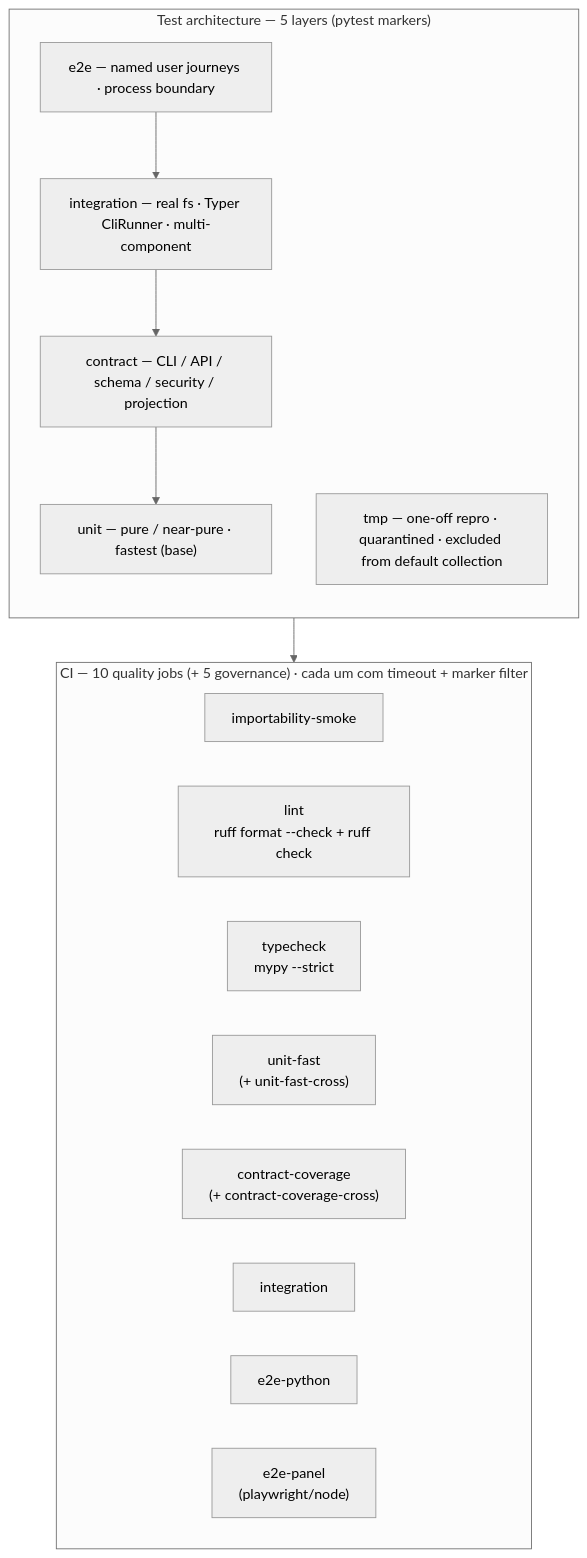
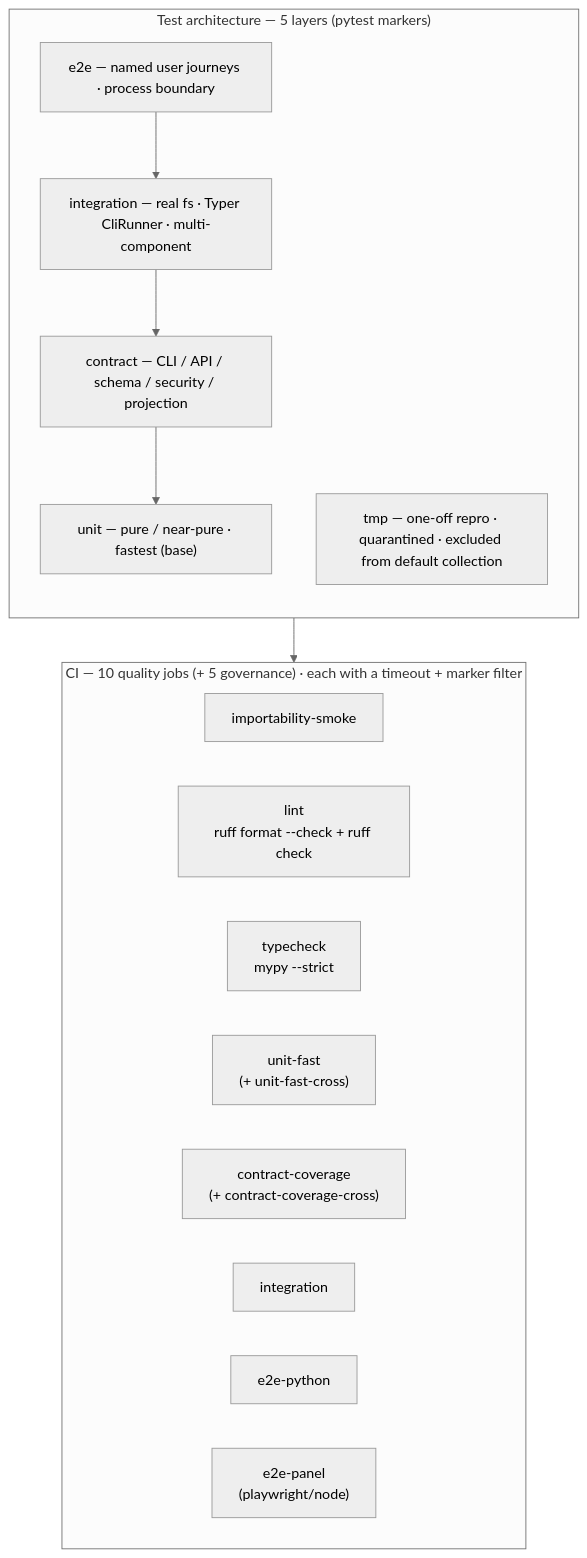
One commit to marcoaureliomenezes/dadaia-workspace changed the diagram in specs/memory/quality-assurance.md. Above: the diagram before and after it, drawn with Mermaid (neutral theme). The commit also changed other lines of this file and 31 other files, not shown here.

````diff
--- a/specs/memory/quality-assurance.md
+++ b/specs/memory/quality-assurance.md
@@ -45,24 +45,24 @@
 ```mermaid
 flowchart TB
     subgraph PYR["Test architecture — 5 layers (pytest markers)"]
         direction TB
         E["e2e — named user journeys · process boundary"]
         IT["integration — real fs · Typer CliRunner · multi-component"]
         CT["contract — CLI / API / schema / security / projection"]
         U["unit — pure / near-pure · fastest (base)"]
         E --> IT --> CT --> U
         TM["tmp — one-off repro · quarantined · excluded from default collection"]
     end
     PYR --> CI
-    subgraph CI["CI — 10 quality jobs (+ 5 governance) · cada um com timeout + marker filter"]
+    subgraph CI["CI — 10 quality jobs (+ 5 governance) · each with a timeout + marker filter"]
         direction LR
         J0["importability-smoke"]
         J1["lint<br/>ruff format --check + ruff check"]
         J2["typecheck<br/>mypy --strict"]
         J3["unit-fast<br/>(+ unit-fast-cross)"]
         J4["contract-coverage<br/>(+ contract-coverage-cross)"]
         J5["integration"]
         J6["e2e-python"]
         J7["e2e-panel<br/>(playwright/node)"]
     end
 ```
````
